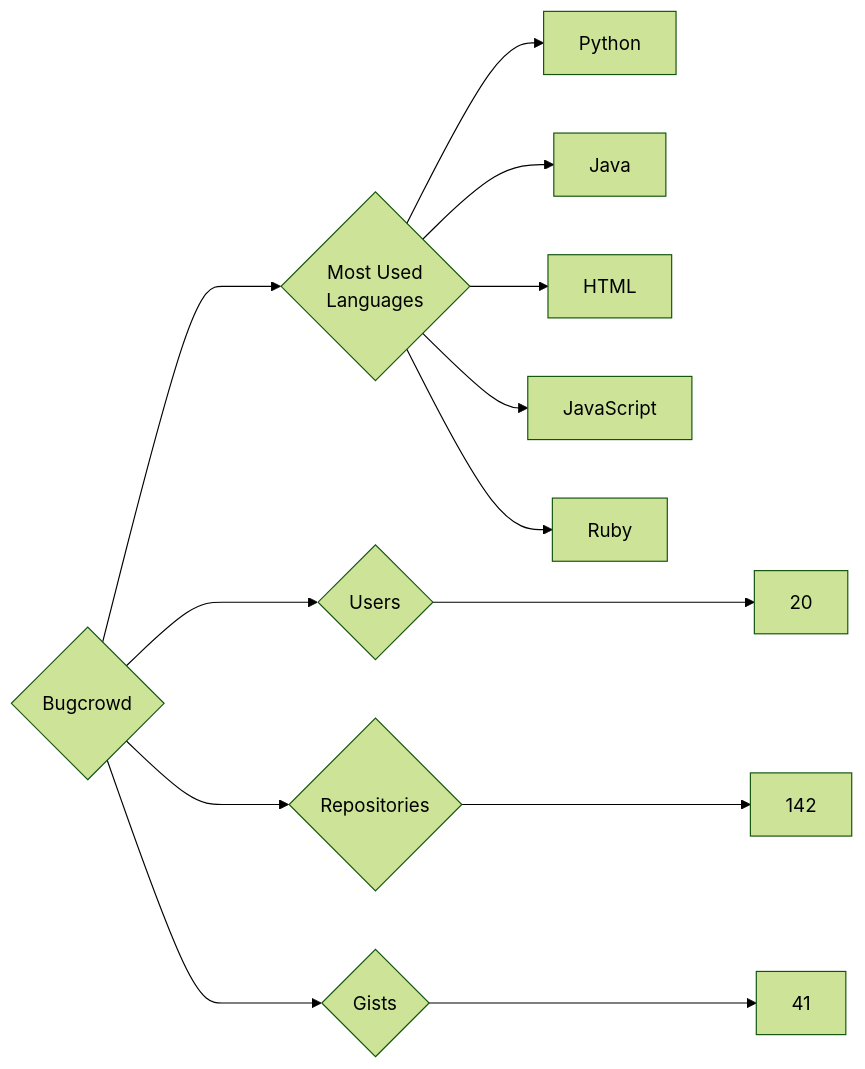
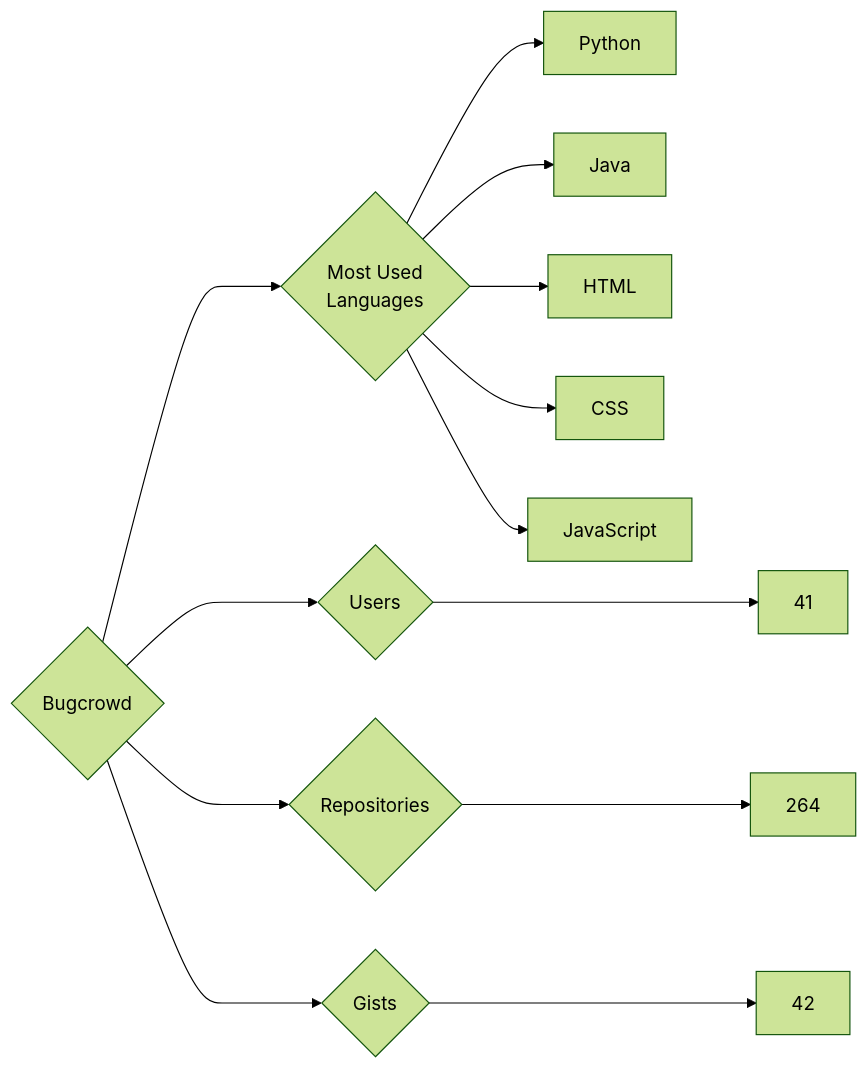
The diagram in targets/Bugcrowd/README.md (trickest/insiders), drawn with Mermaid (forest theme) before and after one commit. The commit also changed 984 other files, not shown here.

````diff
--- a/targets/Bugcrowd/README.md
+++ b/targets/Bugcrowd/README.md
@@ -3,13 +3,13 @@
 ```mermaid
 graph LR
 COMPANY_NAME{Bugcrowd}
-COMPANY_NAME ---> U{Users} ---> UN[20]
-COMPANY_NAME ---> R{Repositories} ---> RN[142]
-COMPANY_NAME ---> G{Gists} ---> GN[41]
+COMPANY_NAME ---> U{Users} ---> UN[41]
+COMPANY_NAME ---> R{Repositories} ---> RN[264]
+COMPANY_NAME ---> G{Gists} ---> GN[42]
 COMPANY_NAME ---> ML{Most Used<br>Languages}
 ML --> Python[Python]
 ML --> Java[Java]
 ML --> HTML[HTML]
+ML --> CSS[CSS]
 ML --> JavaScript[JavaScript]
-ML --> Ruby[Ruby]
 ```
````
